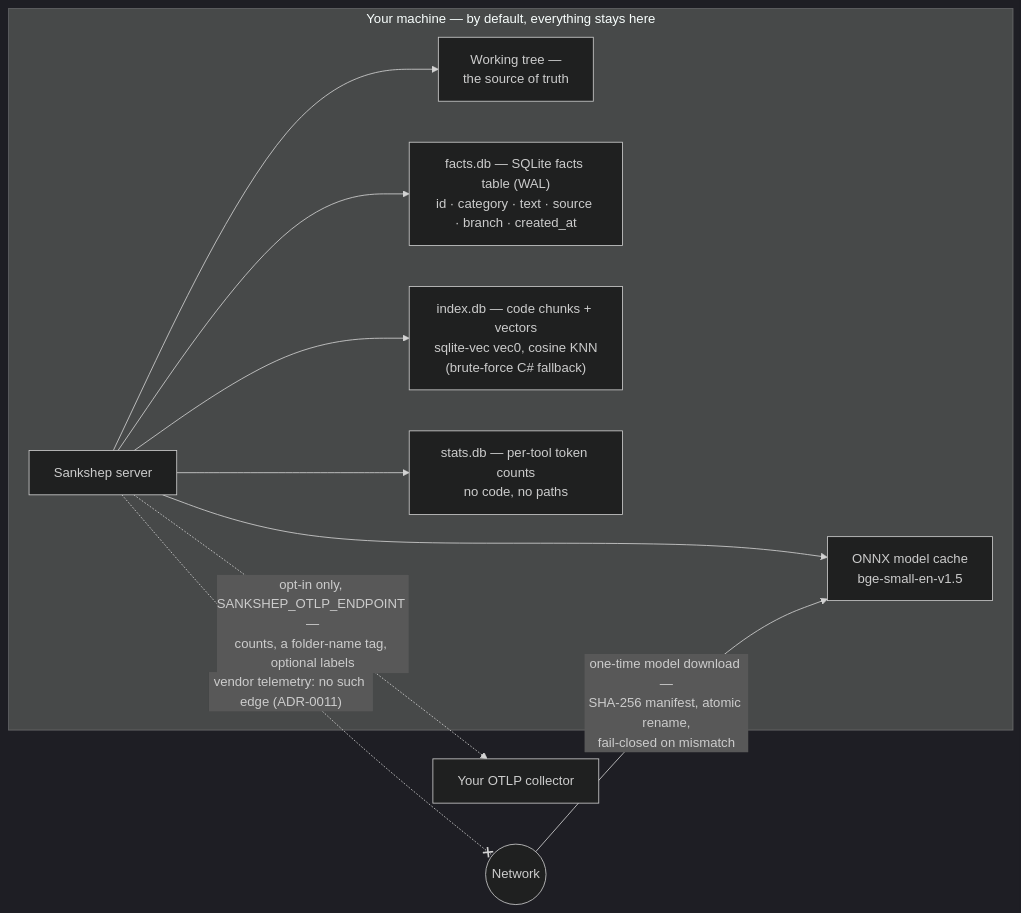
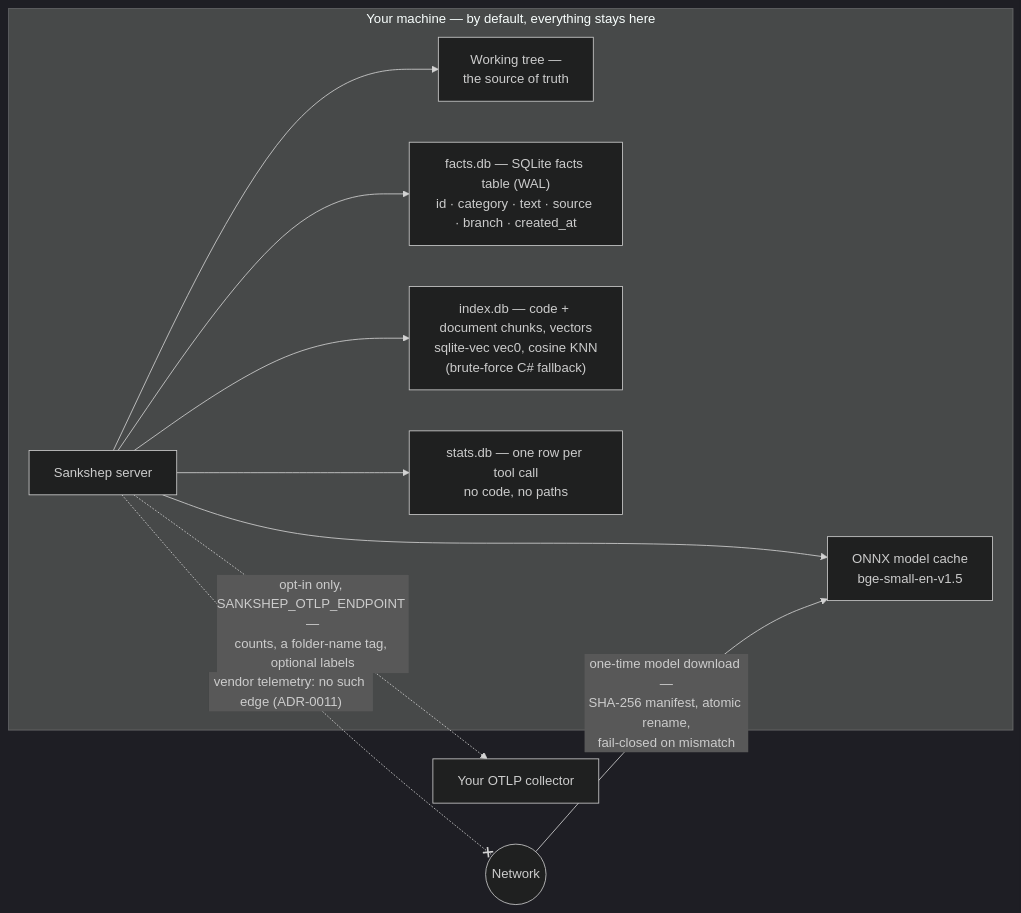
The third of 3 diagrams in docs/part5-capstone/architecture.md (nitinpawar28/AI-learn), drawn with Mermaid (dark theme) before and after one commit. The commit also changed other lines of this file and 29 other files, not shown here.

````diff
--- a/docs/part5-capstone/architecture.md
+++ b/docs/part5-capstone/architecture.md
@@ -139,21 +142,21 @@
 ```mermaid
 flowchart LR
     subgraph LOCAL["Your machine — by default, everything stays here"]
         S["Sankshep server"]
         WT["Working tree —<br/>the source of truth"]
         FACTS["facts.db — SQLite facts table (WAL)<br/>id · category · text · source · branch · created_at"]
-        VEC["index.db — code chunks + vectors<br/>sqlite-vec vec0, cosine KNN<br/>(brute-force C# fallback)"]
-        STATS["stats.db — per-tool token counts<br/>no code, no paths"]
+        VEC["index.db — code + document chunks, vectors<br/>sqlite-vec vec0, cosine KNN<br/>(brute-force C# fallback)"]
+        STATS["stats.db — one row per tool call<br/>no code, no paths"]
         MC["ONNX model cache<br/>bge-small-en-v1.5"]
         S --> WT
         S --> FACTS
         S --> VEC
         S --> STATS
         S --> MC
     end
     NET(("Network"))
     COL["Your OTLP collector"]
     NET -->|"one-time model download —<br/>SHA-256 manifest, atomic rename,<br/>fail-closed on mismatch"| MC
     S -. "vendor telemetry: no such edge (ADR-0011)" .-x NET
     S -. "opt-in only, SANKSHEP_OTLP_ENDPOINT —<br/>counts, a folder-name tag, optional labels" .-> COL
 ```
````
